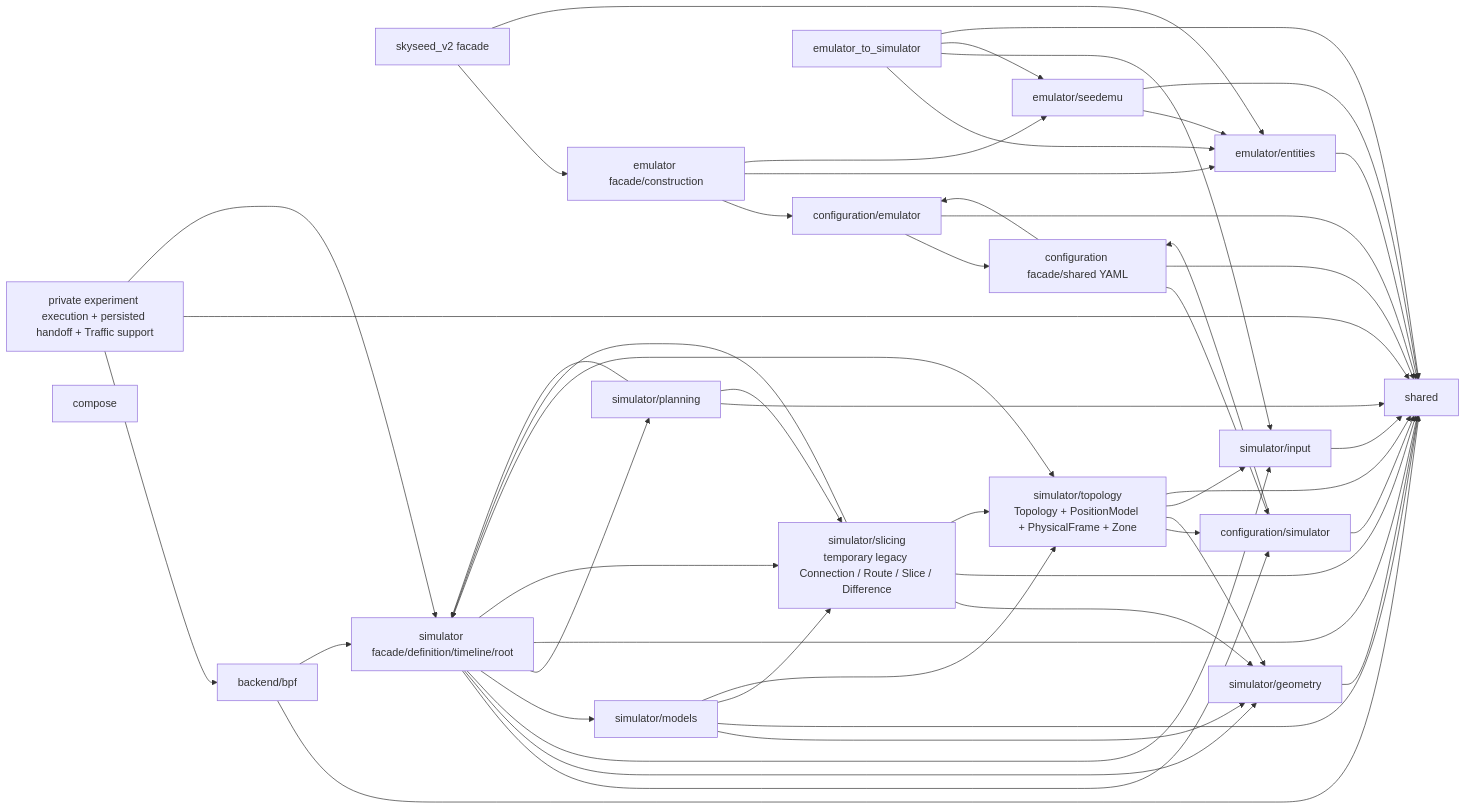
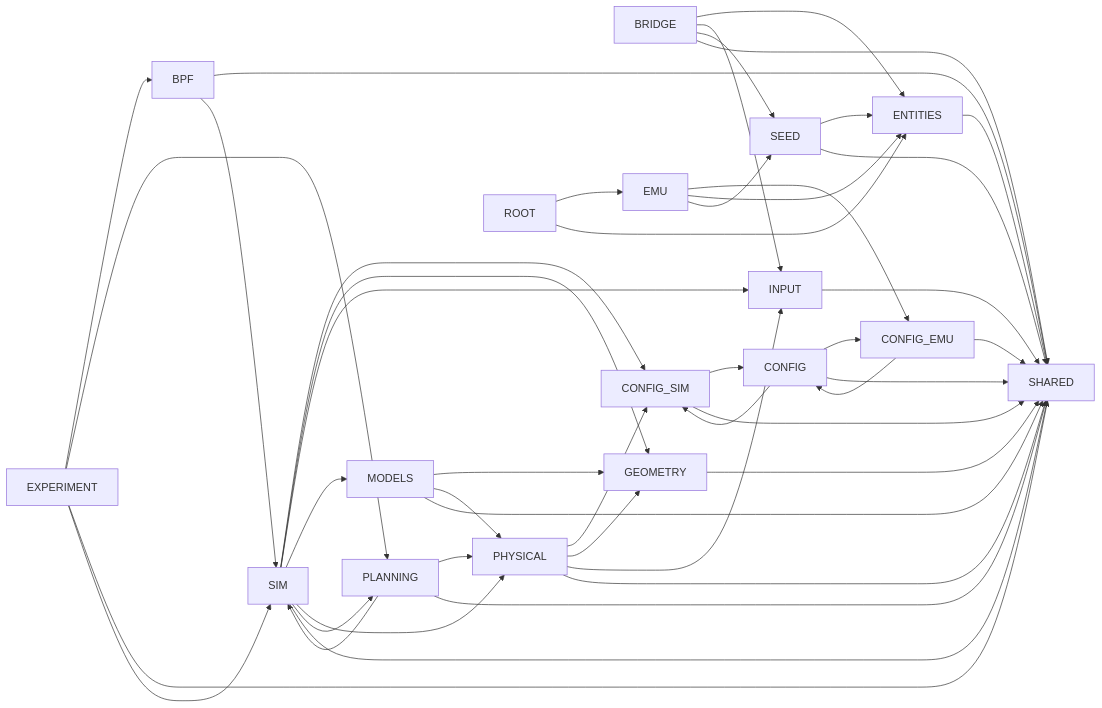
One commit to seed-labs/skyseed changed the diagram in skyseed_v2/docs/human-readable/repository-map.md. Above: the diagram before and after it, drawn with Mermaid. The commit also changed other lines of this file and 256 other files, not shown here.

Commit message:
refactor: complete network planner architecture cutover

````diff
--- a/skyseed_v2/docs/human-readable/repository-map.md
+++ b/skyseed_v2/docs/human-readable/repository-map.md
@@ -8,72 +59,47 @@
 ```mermaid
 flowchart LR
-    ROOT["skyseed_v2 facade"]
-    EXPERIMENT["private experiment execution + persisted handoff + Traffic support"]
-    SHARED["shared"]
-    CONFIG["configuration facade/shared YAML"]
-    CONFIG_EMU["configuration/emulator"]
-    CONFIG_SIM["configuration/simulator"]
-    EMU["emulator facade/construction"]
-    ENTITIES["emulator/entities"]
-    SEED["emulator/seedemu"]
-    BRIDGE["emulator_to_simulator"]
-    INPUT["simulator/input"]
-    SIM["simulator facade/definition/timeline/root"]
-    GEOMETRY["simulator/geometry"]
-    TOPOLOGY["simulator/topology<br/>Topology + PositionModel + PhysicalFrame + Zone"]
-    SLICING["simulator/slicing<br/>temporary legacy Connection / Route / Slice / Difference"]
-    MODELS["simulator/models"]
-    PLANNING["simulator/planning"]
-    COMPOSE["compose"]
-    BPF["backend/bpf"]
-
-    EXPERIMENT --> BPF
-    EXPERIMENT --> SHARED
-    EXPERIMENT --> SIM
+    BPF --> SHARED
+    BPF --> SIM
     BRIDGE --> ENTITIES
     BRIDGE --> INPUT
     BRIDGE --> SEED
     BRIDGE --> SHARED
     CONFIG --> CONFIG_EMU
     CONFIG --> CONFIG_SIM
     CONFIG --> SHARED
     CONFIG_EMU --> CONFIG
     CONFIG_EMU --> SHARED
     CONFIG_SIM --> CONFIG
     CONFIG_SIM --> SHARED
     EMU --> CONFIG_EMU
     EMU --> ENTITIES
     EMU --> SEED
     ENTITIES --> SHARED
+    EXPERIMENT --> BPF
+    EXPERIMENT --> PLANNING
+    EXPERIMENT --> SHARED
+    EXPERIMENT --> SIM
     GEOMETRY --> SHARED
     INPUT --> SHARED
     MODELS --> GEOMETRY
+    MODELS --> PHYSICAL
     MODELS --> SHARED
-    MODELS --> SLICING
-    MODELS --> TOPOLOGY
+    PHYSICAL --> CONFIG_SIM
+    PHYSICAL --> GEOMETRY
+    PHYSICAL --> INPUT
+    PHYSICAL --> SHARED
+    PLANNING --> PHYSICAL
+    PLANNING --> SHARED
+    PLANNING --> SIM
     ROOT --> EMU
     ROOT --> ENTITIES
     SEED --> ENTITIES
     SEED --> SHARED
     SIM --> CONFIG_SIM
     SIM --> GEOMETRY
     SIM --> INPUT
     SIM --> MODELS
+    SIM --> PHYSICAL
     SIM --> PLANNING
     SIM --> SHARED
-    SIM --> SLICING
-    SIM --> TOPOLOGY
-    SLICING --> GEOMETRY
-    SLICING --> SHARED
-    SLICING --> SIM
-    SLICING --> TOPOLOGY
-    PLANNING --> SHARED
-    PLANNING --> SIM
-    PLANNING --> SLICING
-    TOPOLOGY --> CONFIG_SIM
-    TOPOLOGY --> GEOMETRY
-    TOPOLOGY --> INPUT
-    TOPOLOGY --> SHARED
-    BPF --> SHARED
-    BPF --> SIM
 ```
````
